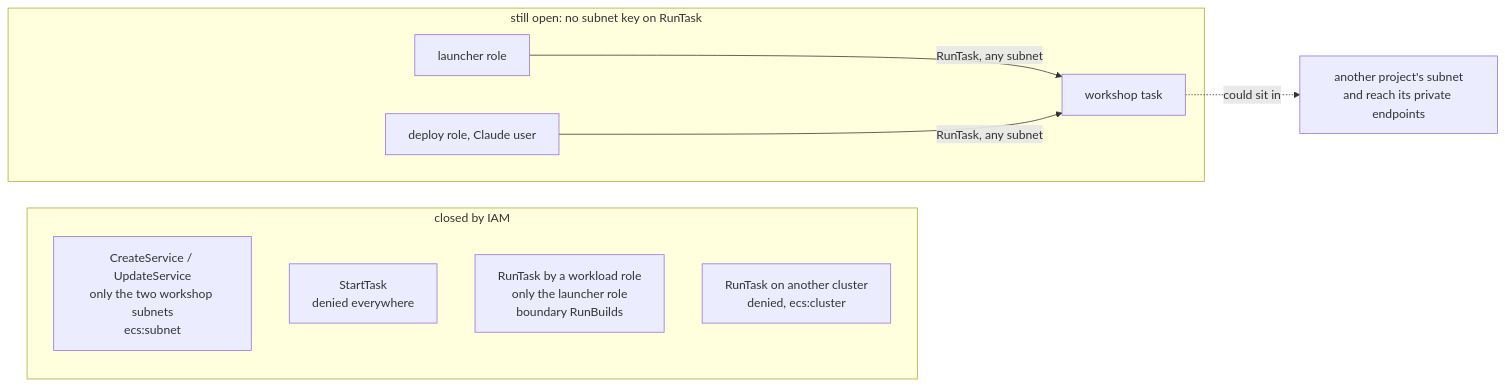
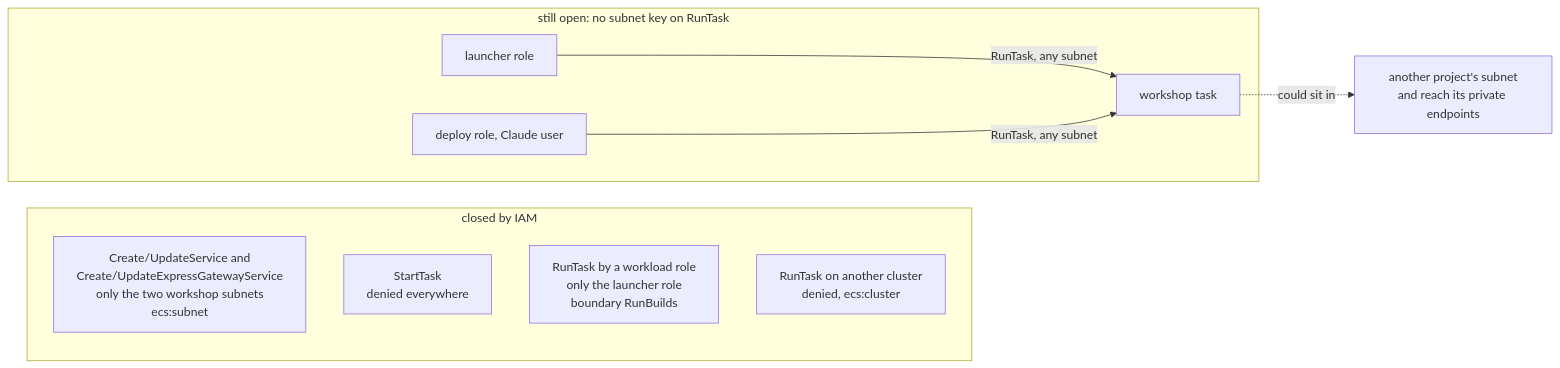
One commit to kifbv/ssd-workshop changed the third of 3 diagrams in infra/access/README.md. Above: the diagram before and after it, drawn with Mermaid. The commit also changed other lines of this file and 5 other files, not shown here.

First line of the commit message:
Ticket 2.2 try 2: pin Express Gateway services, correct the ecs:subnet facts

````diff
--- a/infra/access/README.md
+++ b/infra/access/README.md
@@ -220,14 +221,14 @@
    ```mermaid
    flowchart LR
      subgraph Closed["closed by IAM"]
-       S[CreateService / UpdateService<br/>only the two workshop subnets<br/>ecs:subnet]
+       S[Create/UpdateService and<br/>Create/UpdateExpressGatewayService<br/>only the two workshop subnets<br/>ecs:subnet]
        ST[StartTask<br/>denied everywhere]
        RB[RunTask by a workload role<br/>only the launcher role<br/>boundary RunBuilds]
        RC[RunTask on another cluster<br/>denied, ecs:cluster]
      end
      subgraph Open["still open: no subnet key on RunTask"]
        L[launcher role] -->|RunTask, any subnet| T[workshop task]
        D[deploy role, Claude user] -->|RunTask, any subnet| T
      end
      T -.->|could sit in| O[another project's subnet<br/>and reach its private endpoints]
    ```
````
